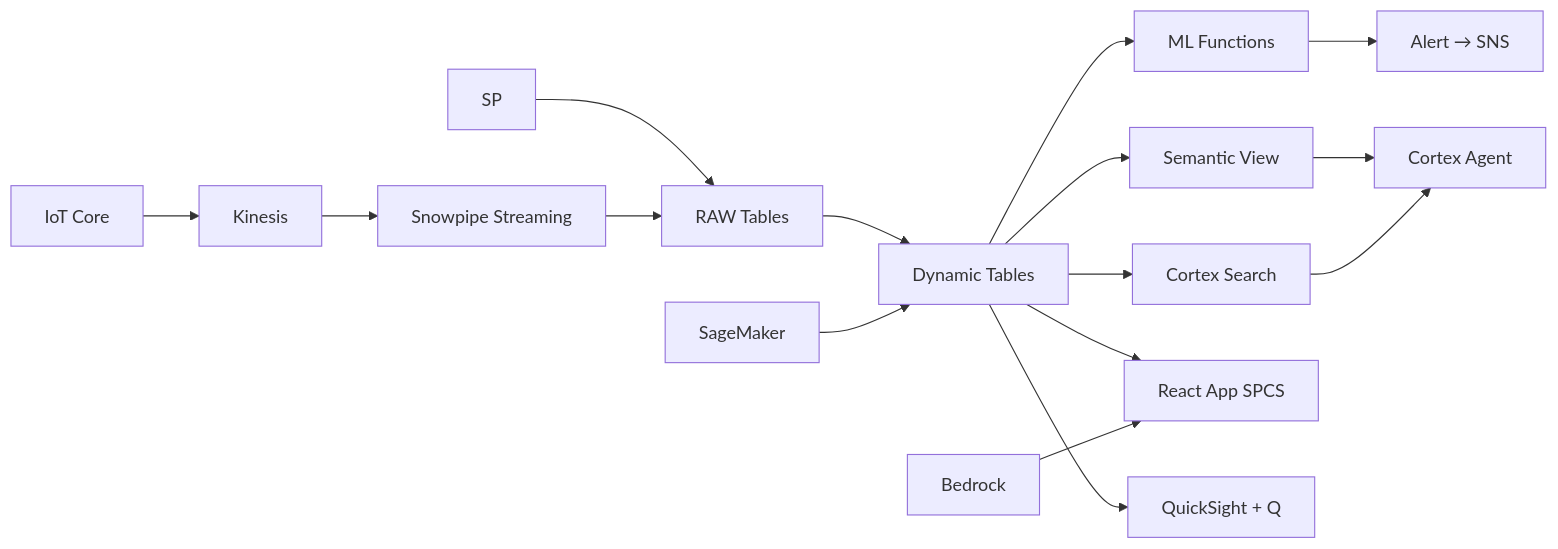
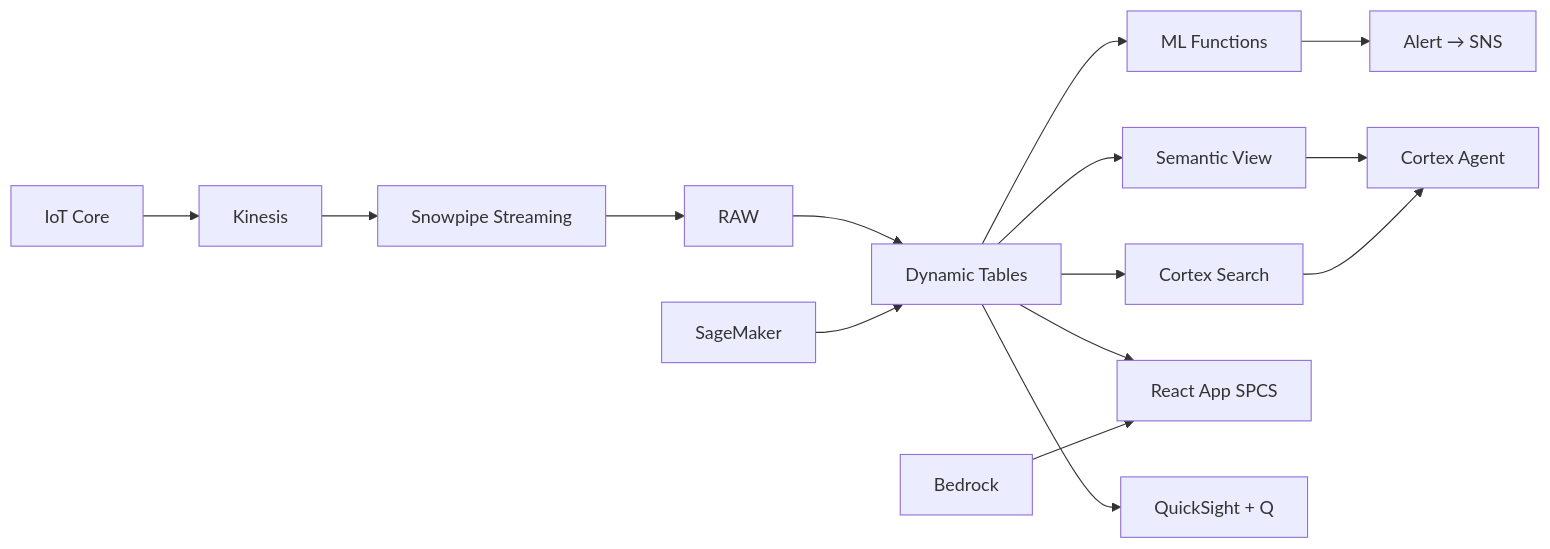
Before and after one commit to sfc-gh-jasvestis/aws-thailand-food-precision-farming: the diagram in README.md, drawn with Mermaid. The commit also changed 7 other files, not shown here.

Commit message:
Fix: add all source files, .gitignore, fix Mermaid diagram

````diff
--- a/README.md
+++ b/README.md
@@ -9,18 +9,17 @@
 ```mermaid
 flowchart LR
     IOT[IoT Core] --> KIN[Kinesis]
     KIN --> SPS[Snowpipe Streaming]
-    SP --> RAW[RAW Tables]
     SPS --> RAW
     RAW --> DT[Dynamic Tables]
     DT --> ML[ML Functions]
     DT --> SEARCH[Cortex Search]
     DT --> SV[Semantic View]
     SV --> AGENT[Cortex Agent]
     SEARCH --> AGENT
     DT --> APP[React App SPCS]
     SM[SageMaker] --> DT
     BR[Bedrock] --> APP
     DT --> QS[QuickSight + Q]
     ML --> ALERT[Alert → SNS]
 ```
````
